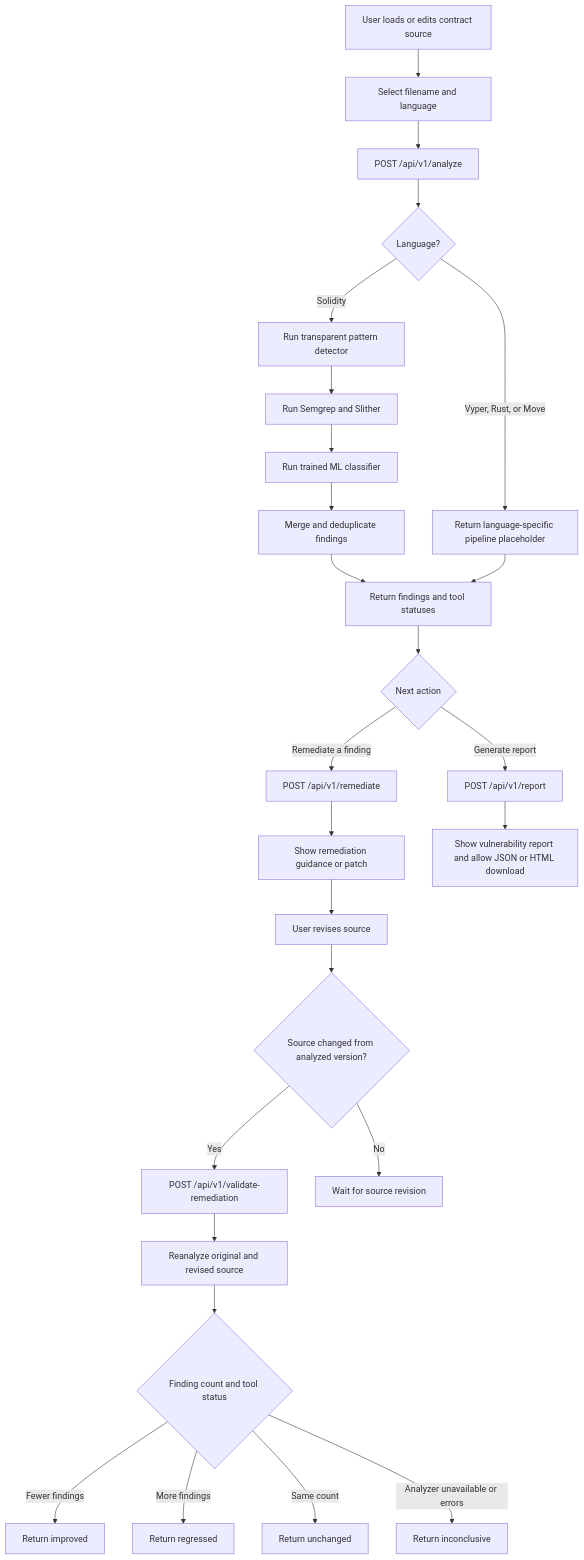
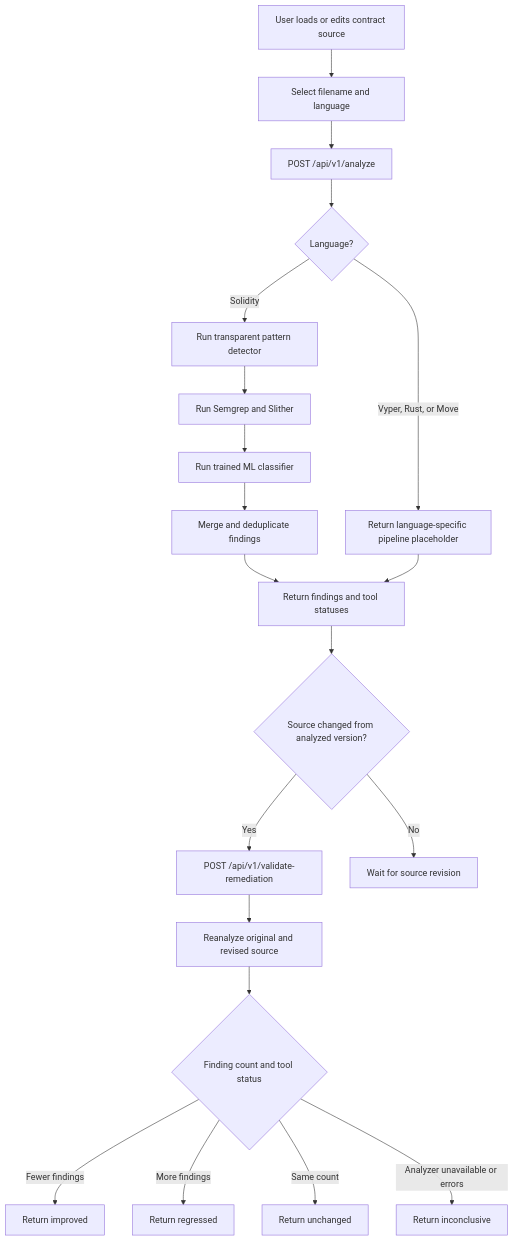
The diagram in docs/project-outcomes.md (JumanAslamKhan/securexai), drawn with Mermaid before and after one commit. The commit also changed other lines of this file and 11 other files, not shown here.

````diff
--- a/docs/project-outcomes.md
+++ b/docs/project-outcomes.md
@@ -62,28 +61,22 @@
 ```mermaid
 flowchart TD
 	A[User loads or edits contract source] --> B[Select filename and language]
 	B --> C[POST /api/v1/analyze]
 	C --> D{Language?}
 	D -->|Solidity| E[Run transparent pattern detector]
 	E --> F[Run Semgrep and Slither]
 	F --> G[Run trained ML classifier]
 	G --> H[Merge and deduplicate findings]
 	D -->|Vyper, Rust, or Move| I[Return language-specific pipeline placeholder]
 	H --> J[Return findings and tool statuses]
 	I --> J
-	J --> K{Next action}
-	K -->|Remediate a finding| L[POST /api/v1/remediate]
-	L --> M[Show remediation guidance or patch]
-	M --> N[User revises source]
-	K -->|Generate report| O[POST /api/v1/report]
-	O --> P[Show vulnerability report and allow JSON or HTML download]
-	N --> Q{Source changed from analyzed version?}
-	Q -->|Yes| R[POST /api/v1/validate-remediation]
-	Q -->|No| S[Wait for source revision]
-	R --> T[Reanalyze original and revised source]
-	T --> U{Finding count and tool status}
-	U -->|Fewer findings| V[Return improved]
-	U -->|More findings| W[Return regressed]
-	U -->|Same count| X[Return unchanged]
-	U -->|Analyzer unavailable or errors| Y[Return inconclusive]
+	J --> K{Source changed from analyzed version?}
+	K -->|Yes| L[POST /api/v1/validate-remediation]
+	K -->|No| M[Wait for source revision]
+	L --> N[Reanalyze original and revised source]
+	N --> O{Finding count and tool status}
+	O -->|Fewer findings| P[Return improved]
+	O -->|More findings| Q[Return regressed]
+	O -->|Same count| R[Return unchanged]
+	O -->|Analyzer unavailable or errors| S[Return inconclusive]
 ```
````
